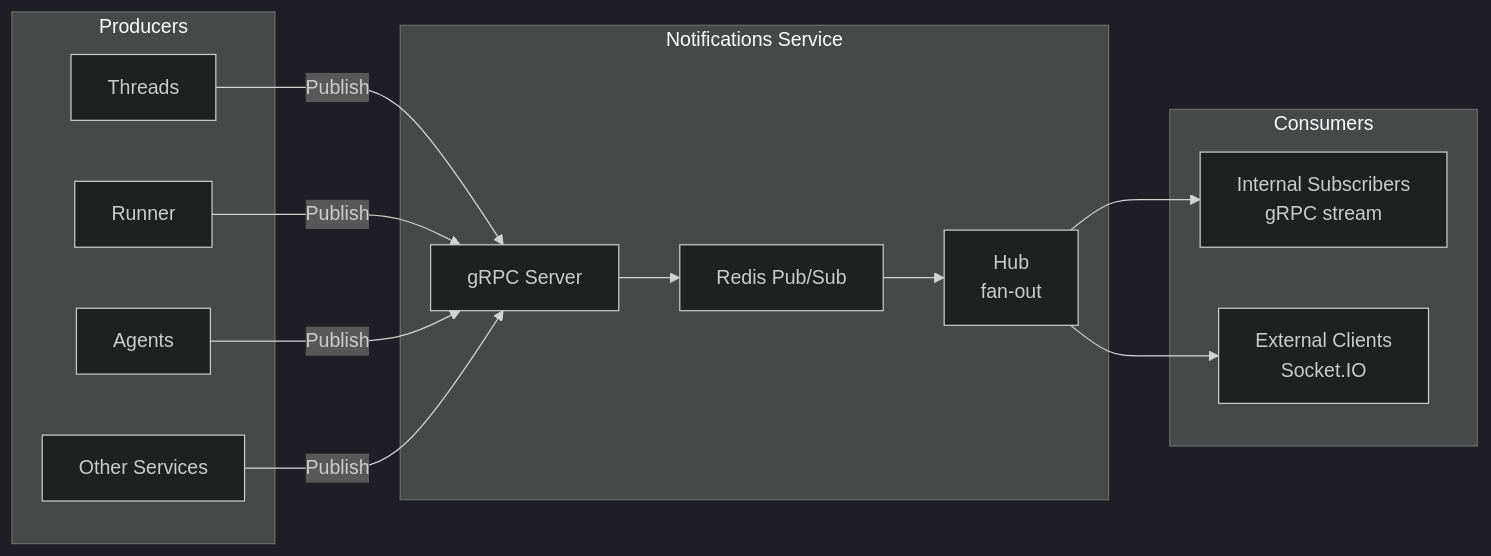
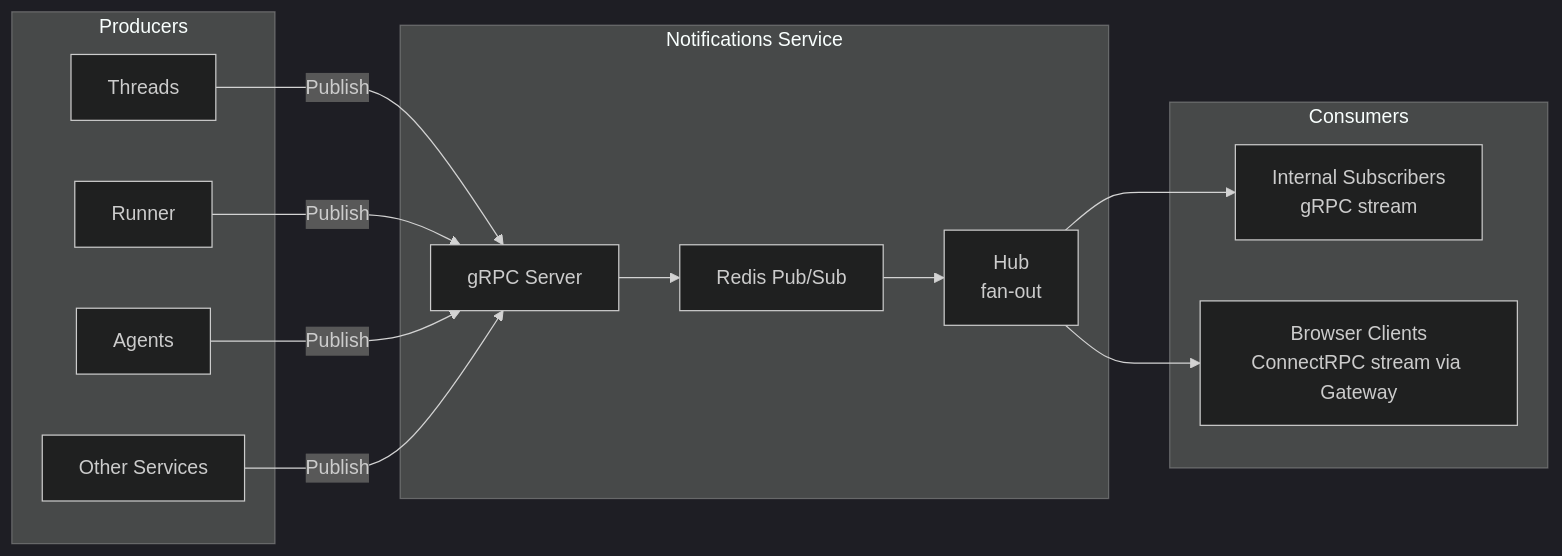
The diagram in architecture/notifications.md (agynio/architecture), drawn with Mermaid (dark theme) before and after one commit. The commit also changed other lines of this file and 6 other files, not shown here.

````diff
--- a/architecture/notifications.md
+++ b/architecture/notifications.md
@@ -11,26 +11,26 @@
 ```mermaid
 graph LR
     subgraph Producers
         Threads
         Runner
         Agents
         Other[Other Services]
     end
 
     subgraph Notifications Service
         Server[gRPC Server]
         Redis[Redis Pub/Sub]
         Hub[Hub<br/>fan-out]
     end
 
     subgraph Consumers
         IntSub[Internal Subscribers<br/>gRPC stream]
-        ExtSub[External Clients<br/>Socket.IO]
+        ExtSub[Browser Clients<br/>ConnectRPC stream via Gateway]
     end
 
     Threads & Runner & Agents & Other -->|Publish| Server
     Server --> Redis
     Redis --> Hub
     Hub --> IntSub
     Hub --> ExtSub
 ```
````
